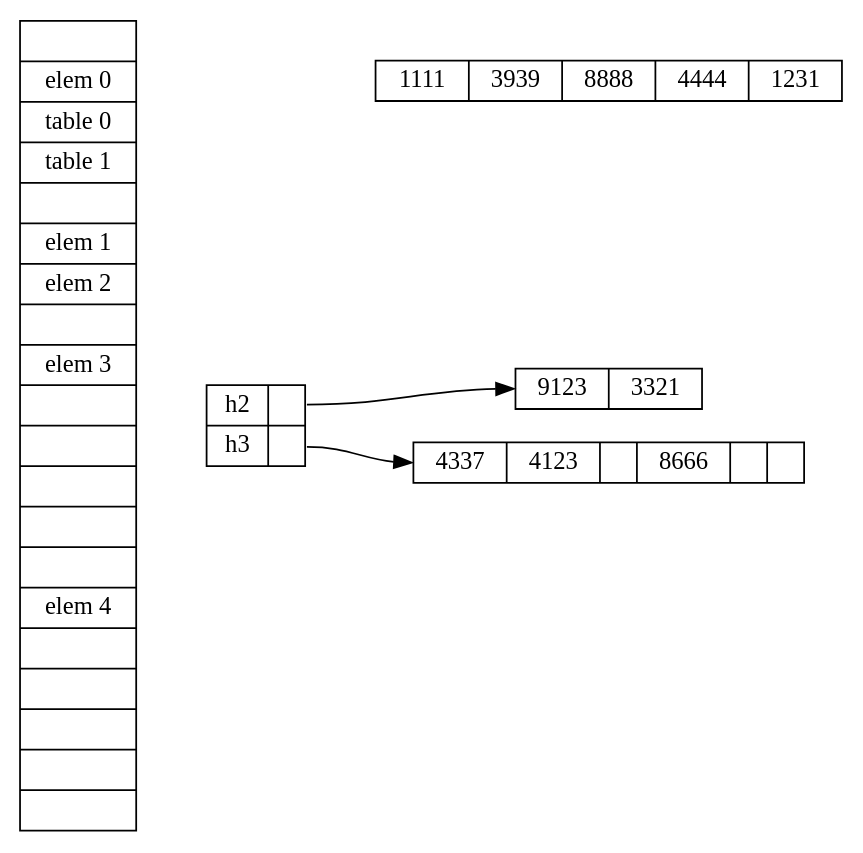
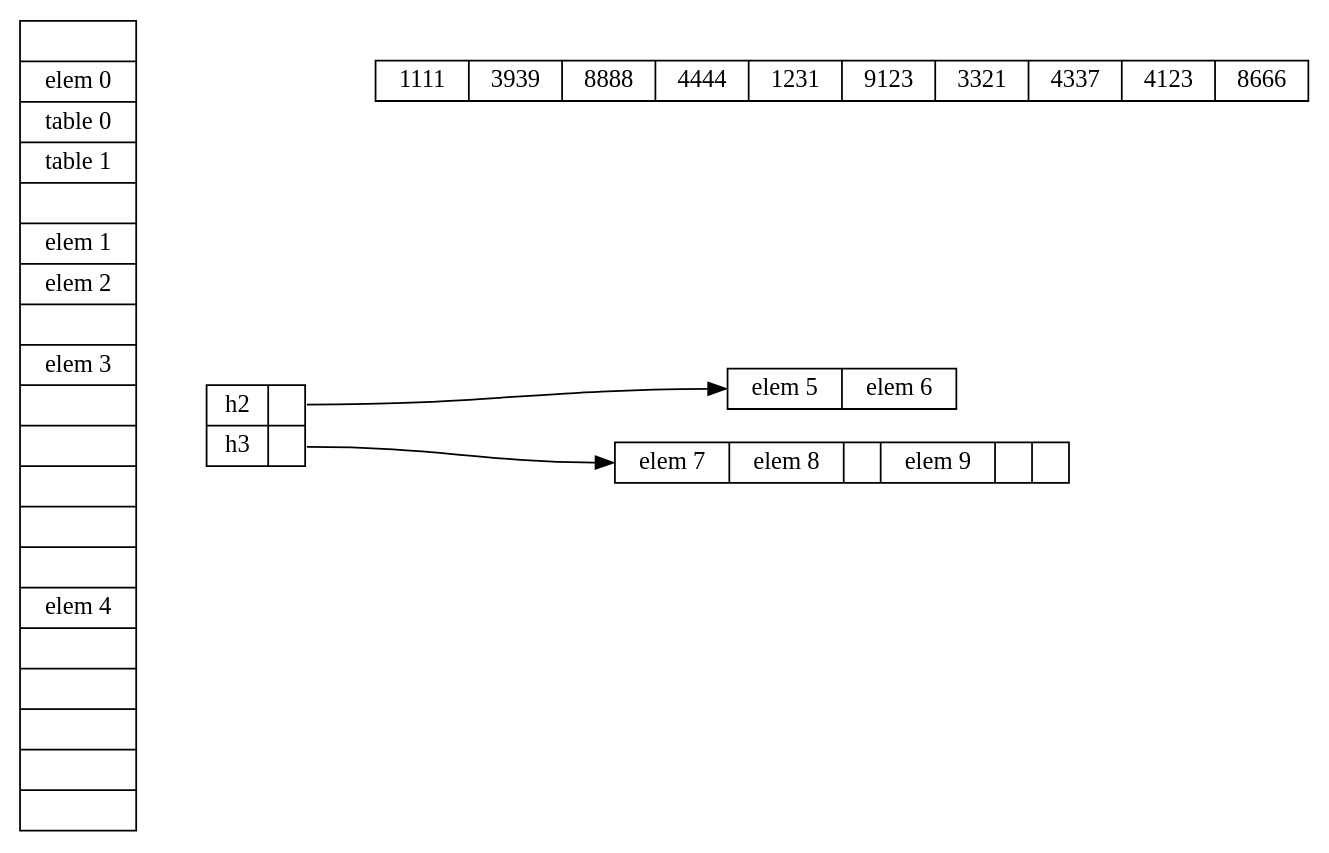
The diagram in _images/static-hashing/compressed2.dot (tczajka/sorting-searching), drawn with Graphviz before and after one commit. The commit also changed 2 other files, not shown here.

```diff
--- a/_images/static-hashing/compressed2.dot
+++ b/_images/static-hashing/compressed2.dot
@@ -1,18 +1,18 @@
 digraph {
   rankdir = LR;
   node [shape="record", width=0.2, height=0.2];
 
-  entries [label="{1111|3939|8888|4444|1231}"];
+  entries [label="{1111|3939|8888|4444|1231|9123|3321|4337|4123|8666}"];
 
   minibuckets [label="{h2|<b2>}|{h3 | <b3>}"];
-  bucket_2 [label="{9123|3321}"];
-  bucket_3 [label="{4337|4123||8666||}"];
+  bucket_2 [label="{elem 5|elem 6}"];
+  bucket_3 [label="{elem 7|elem 8||elem 9||}"];
   minibuckets:b2 -> bucket_2:w;
   minibuckets:b3 -> bucket_3:w;
 
   buckets [label="|<elems> elem 0|table 0|table 1||elem 1|elem 2||elem 3||||||elem 4|||||"];
 
   spacer [style=invis];
   buckets:elems -> spacer -> entries [style=invis];
   buckets -> minibuckets [style=invis];
 }
```
